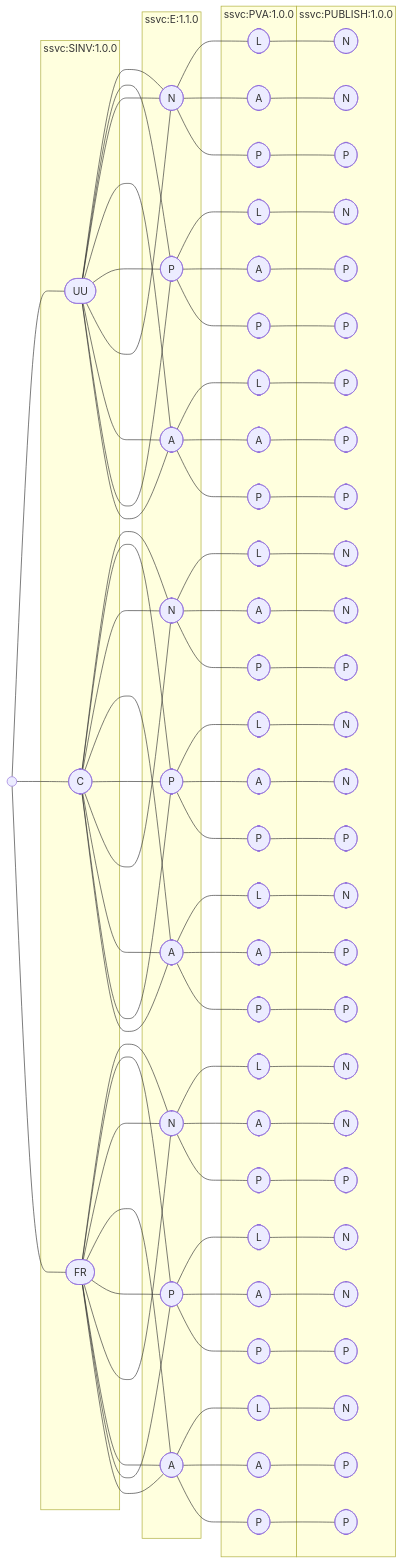
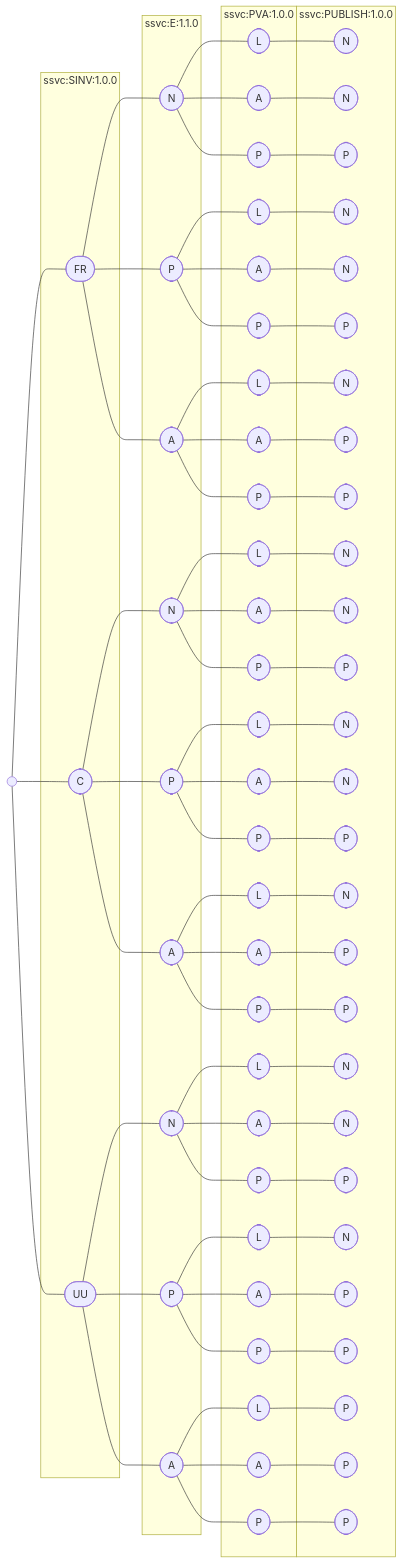
The diagram in src/ssvc/decision_tables/test.md (CERTCC/SSVC), drawn with Mermaid before and after one commit. The commit also changed other lines of this file and 1 other file, not shown here.

Commit message:
this one appears to work

````diff
--- a/src/ssvc/decision_tables/test.md
+++ b/src/ssvc/decision_tables/test.md
@@ -90,161 +5,143 @@
 graph LR
 n1(( ))
 subgraph s1["ssvc:SINV:1.0.0"]
-FR([FR])
-C([C])
-UU([UU])
+FR_L0([FR])
+C_L0([C])
+UU_L0([UU])
 end
 subgraph s2["ssvc:E:1.1.0"]
-FRN([N])
-CN([N])
-FRP([P])
-UUN([N])
-CP([P])
-FRA([A])
-UUP([P])
-CA([A])
-UUA([A])
+FR_N_L1([N])
+C_N_L1([N])
+FR_P_L1([P])
+UU_N_L1([N])
+C_P_L1([P])
+FR_A_L1([A])
+UU_P_L1([P])
+C_A_L1([A])
+UU_A_L1([A])
 end
 subgraph s3["ssvc:PVA:1.0.0"]
-FRNL([L])
-CNL([L])
-FRPL([L])
-FRNA([A])
-UUNL([L])
-CPL([L])
-FRAL([L])
-CNA([A])
-FRPA([A])
-FRNP([P])
-UUPL([L])
-CAL([L])
-UUNA([A])
-CPA([A])
-FRAA([A])
-CNP([P])
-FRPP([P])
-UUAL([L])
-UUPA([A])
-CAA([A])
-UUNP([P])
-CPP([P])
-FRAP([P])
-UUAA([A])
-UUPP([P])
-CAP([P])
-UUAP([P])
+FR_N_L_L2([L])
+C_N_L_L2([L])
+FR_P_L_L2([L])
+FR_N_A_L2([A])
+UU_N_L_L2([L])
+C_P_L_L2([L])
+FR_A_L_L2([L])
+C_N_A_L2([A])
+FR_P_A_L2([A])
+FR_N_P_L2([P])
+UU_P_L_L2([L])
+C_A_L_L2([L])
+UU_N_A_L2([A])
+C_P_A_L2([A])
+FR_A_A_L2([A])
+C_N_P_L2([P])
+FR_P_P_L2([P])
+UU_A_L_L2([L])
+UU_P_A_L2([A])
+C_A_A_L2([A])
+UU_N_P_L2([P])
+C_P_P_L2([P])
+FR_A_P_L2([P])
+UU_A_A_L2([A])
+UU_P_P_L2([P])
+C_A_P_L2([P])
+UU_A_P_L2([P])
 end
 subgraph s4["ssvc:PUBLISH:1.0.0"]
-FRs4Ns4Ls4Ns4([N])
-Cs4Ns4Ls4Ns4([N])
-FRs4Ps4Ls4Ns4([N])
-FRs4Ns4As4Ns4([N])
-UUs4Ns4Ls4Ns4([N])
-Cs4Ps4Ls4Ns4([N])
-FRs4As4Ls4Ns4([N])
-Cs4Ns4As4Ns4([N])
-FRs4Ps4As4Ns4([N])
-FRs4Ns4Ps4Ps4([P])
-UUs4Ps4Ls4Ns4([N])
-Cs4As4Ls4Ns4([N])
-UUs4Ns4As4Ns4([N])
-Cs4Ps4As4Ns4([N])
-FRs4As4As4Ps4([P])
-Cs4Ns4Ps4Ps4([P])
-FRs4Ps4Ps4Ps4([P])
-UUs4As4Ls4Ps4([P])
-UUs4Ps4As4Ps4([P])
-Cs4As4As4Ps4([P])
-UUs4Ns4Ps4Ps4([P])
-Cs4Ps4Ps4Ps4([P])
-FRs4As4Ps4Ps4([P])
-UUs4As4As4Ps4([P])
-UUs4Ps4Ps4Ps4([P])
-Cs4As4Ps4Ps4([P])
-UUs4As4Ps4Ps4([P])
+FR_N_L_N_L3([N])
+C_N_L_N_L3([N])
+FR_P_L_N_L3([N])
+FR_N_A_N_L3([N])
+UU_N_L_N_L3([N])
+C_P_L_N_L3([N])
+FR_A_L_N_L3([N])
+C_N_A_N_L3([N])
+FR_P_A_N_L3([N])
+FR_N_P_P_L3([P])
+UU_P_L_N_L3([N])
+C_A_L_N_L3([N])
+UU_N_A_N_L3([N])
+C_P_A_N_L3([N])
+FR_A_A_P_L3([P])
+C_N_P_P_L3([P])
+FR_P_P_P_L3([P])
+UU_A_L_P_L3([P])
+UU_P_A_P_L3([P])
+C_A_A_P_L3([P])
+UU_N_P_P_L3([P])
+C_P_P_P_L3([P])
+FR_A_P_P_L3([P])
+UU_A_A_P_L3([P])
+UU_P_P_P_L3([P])
+C_A_P_P_L3([P])
+UU_A_P_P_L3([P])
 end
-n1 --- UU
-n1 --- C
-n1 --- FR
-FR --- FRN
-FRN --- FRNL
-FRNL --- FRs4Ns4Ls4Ns4
-C --- CN
-CN --- CNL
-CNL --- Cs4Ns4Ls4Ns4
-FR --- FRP
-FRP --- FRPL
-FRPL --- FRs4Ps4Ls4Ns4
-FR --- FRN
-FRN --- FRNA
-FRNA --- FRs4Ns4As4Ns4
-UU --- UUN
-UUN --- UUNL
-UUNL --- UUs4Ns4Ls4Ns4
-C --- CP
-CP --- CPL
-CPL --- Cs4Ps4Ls4Ns4
-FR --- FRA
-FRA --- FRAL
-FRAL --- FRs4As4Ls4Ns4
-C --- CN
-CN --- CNA
-CNA --- Cs4Ns4As4Ns4
-FR --- FRP
-FRP --- FRPA
-FRPA --- FRs4Ps4As4Ns4
-FR --- FRN
-FRN --- FRNP
-FRNP --- FRs4Ns4Ps4Ps4
-UU --- UUP
-UUP --- UUPL
-UUPL --- UUs4Ps4Ls4Ns4
-C --- CA
-CA --- CAL
-CAL --- Cs4As4Ls4Ns4
-UU --- UUN
-UUN --- UUNA
-UUNA --- UUs4Ns4As4Ns4
-C --- CP
-CP --- CPA
-CPA --- Cs4Ps4As4Ns4
-FR --- FRA
-FRA --- FRAA
-FRAA --- FRs4As4As4Ps4
-C --- CN
-CN --- CNP
-CNP --- Cs4Ns4Ps4Ps4
-FR --- FRP
-FRP --- FRPP
-FRPP --- FRs4Ps4Ps4Ps4
-UU --- UUA
-UUA --- UUAL
-UUAL --- UUs4As4Ls4Ps4
-UU --- UUP
-UUP --- UUPA
-UUPA --- UUs4Ps4As4Ps4
-C --- CA
-CA --- CAA
-CAA --- Cs4As4As4Ps4
-UU --- UUN
-UUN --- UUNP
-UUNP --- UUs4Ns4Ps4Ps4
-C --- CP
-CP --- CPP
-CPP --- Cs4Ps4Ps4Ps4
-FR --- FRA
-FRA --- FRAP
-FRAP --- FRs4As4Ps4Ps4
-UU --- UUA
-UUA --- UUAA
-UUAA --- UUs4As4As4Ps4
-UU --- UUP
-UUP --- UUPP
-UUPP --- UUs4Ps4Ps4Ps4
-C --- CA
-CA --- CAP
-CAP --- Cs4As4Ps4Ps4
-UU --- UUA
-UUA --- UUAP
-UUAP --- UUs4As4Ps4Ps4
+n1 --- FR_L0
+n1 --- C_L0
+n1 --- UU_L0
+FR_L0 --- FR_N_L1
+FR_N_L1 --- FR_N_L_L2
+FR_N_L_L2 --- FR_N_L_N_L3
+C_L0 --- C_N_L1
+C_N_L1 --- C_N_L_L2
+C_N_L_L2 --- C_N_L_N_L3
+FR_L0 --- FR_P_L1
+FR_P_L1 --- FR_P_L_L2
+FR_P_L_L2 --- FR_P_L_N_L3
+FR_N_L1 --- FR_N_A_L2
+FR_N_A_L2 --- FR_N_A_N_L3
+UU_L0 --- UU_N_L1
+UU_N_L1 --- UU_N_L_L2
+UU_N_L_L2 --- UU_N_L_N_L3
+C_L0 --- C_P_L1
+C_P_L1 --- C_P_L_L2
+C_P_L_L2 --- C_P_L_N_L3
+FR_L0 --- FR_A_L1
+FR_A_L1 --- FR_A_L_L2
+FR_A_L_L2 --- FR_A_L_N_L3
+C_N_L1 --- C_N_A_L2
+C_N_A_L2 --- C_N_A_N_L3
+FR_P_L1 --- FR_P_A_L2
+FR_P_A_L2 --- FR_P_A_N_L3
+FR_N_L1 --- FR_N_P_L2
+FR_N_P_L2 --- FR_N_P_P_L3
+UU_L0 --- UU_P_L1
+UU_P_L1 --- UU_P_L_L2
+UU_P_L_L2 --- UU_P_L_N_L3
+C_L0 --- C_A_L1
+C_A_L1 --- C_A_L_L2
+C_A_L_L2 --- C_A_L_N_L3
+UU_N_L1 --- UU_N_A_L2
+UU_N_A_L2 --- UU_N_A_N_L3
+C_P_L1 --- C_P_A_L2
+C_P_A_L2 --- C_P_A_N_L3
+FR_A_L1 --- FR_A_A_L2
+FR_A_A_L2 --- FR_A_A_P_L3
+C_N_L1 --- C_N_P_L2
+C_N_P_L2 --- C_N_P_P_L3
+FR_P_L1 --- FR_P_P_L2
+FR_P_P_L2 --- FR_P_P_P_L3
+UU_L0 --- UU_A_L1
+UU_A_L1 --- UU_A_L_L2
+UU_A_L_L2 --- UU_A_L_P_L3
+UU_P_L1 --- UU_P_A_L2
+UU_P_A_L2 --- UU_P_A_P_L3
+C_A_L1 --- C_A_A_L2
+C_A_A_L2 --- C_A_A_P_L3
+UU_N_L1 --- UU_N_P_L2
+UU_N_P_L2 --- UU_N_P_P_L3
+C_P_L1 --- C_P_P_L2
+C_P_P_L2 --- C_P_P_P_L3
+FR_A_L1 --- FR_A_P_L2
+FR_A_P_L2 --- FR_A_P_P_L3
+UU_A_L1 --- UU_A_A_L2
+UU_A_A_L2 --- UU_A_A_P_L3
+UU_P_L1 --- UU_P_P_L2
+UU_P_P_L2 --- UU_P_P_P_L3
+C_A_L1 --- C_A_P_L2
+C_A_P_L2 --- C_A_P_P_L3
+UU_A_L1 --- UU_A_P_L2
+UU_A_P_L2 --- UU_A_P_P_L3
 ```
````
